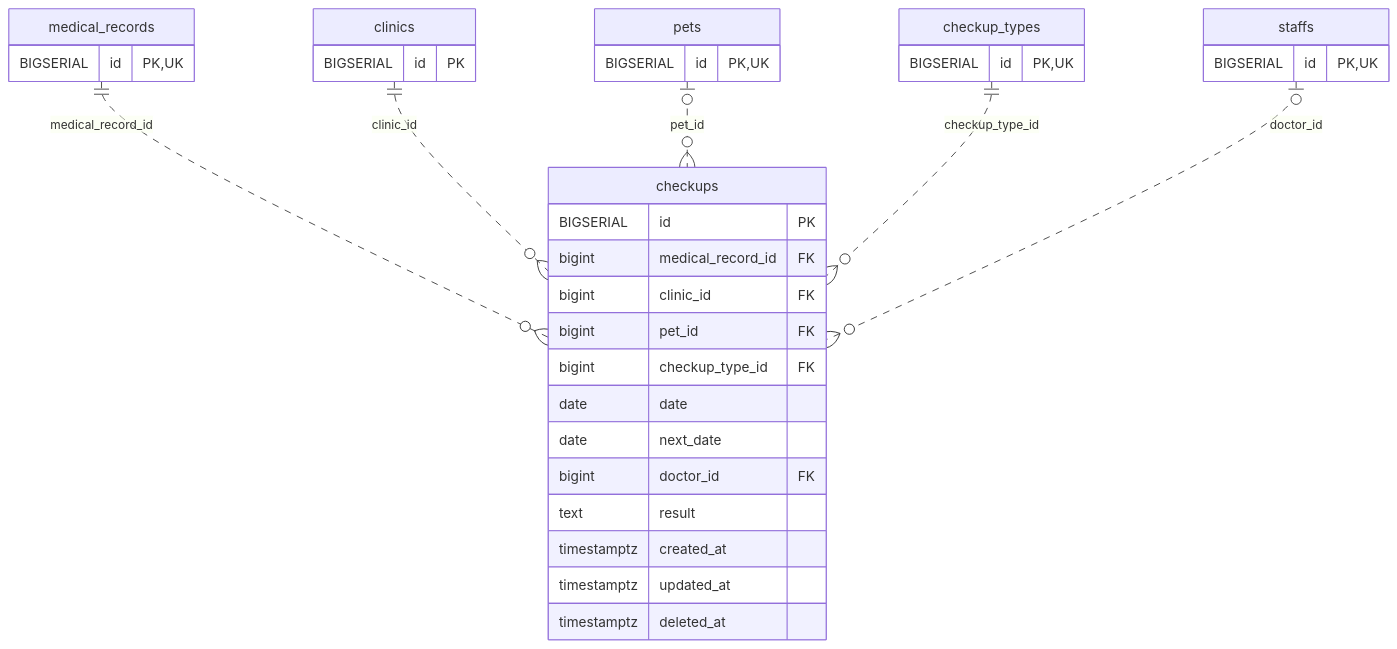
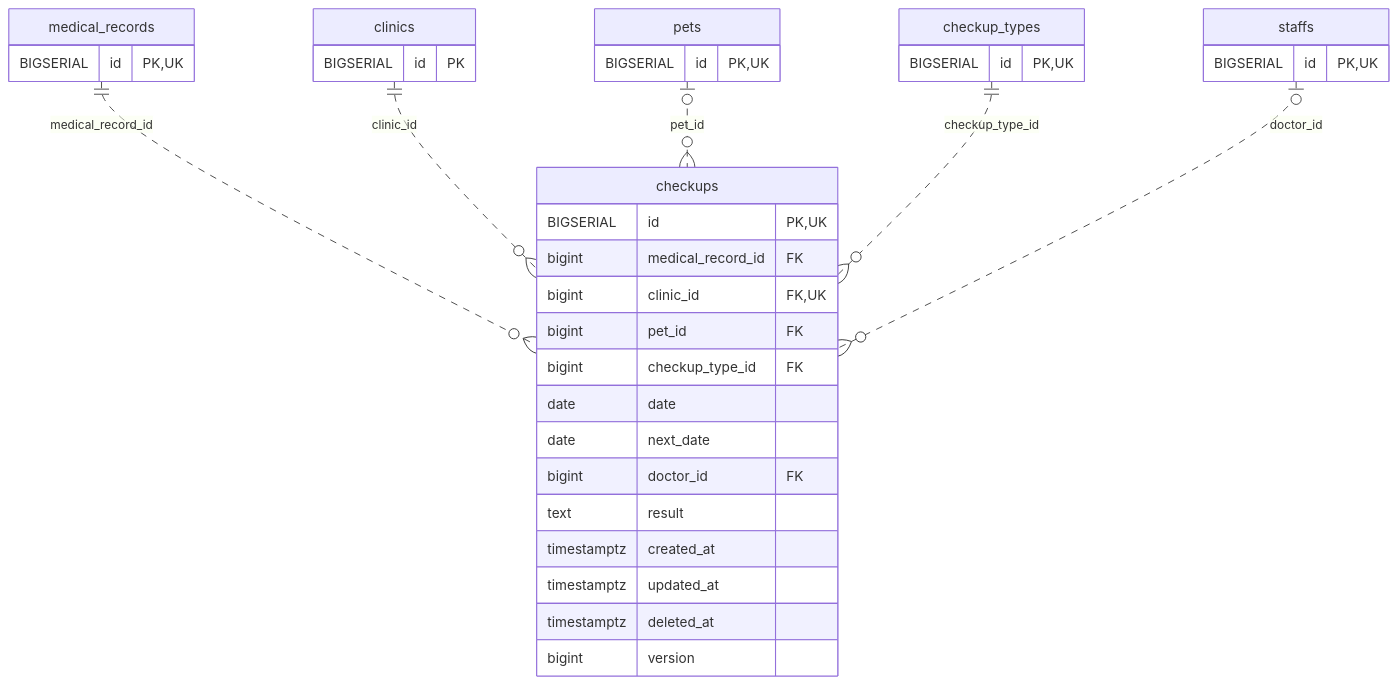
One commit to MinoruSoga/AnimalEkarte changed the diagram in docs/architecture/erd-detail/checkups.md. Above: the diagram before and after it, drawn with Mermaid. The commit also changed other lines of this file and 131 other files, not shown here.

````diff
--- a/docs/architecture/erd-detail/checkups.md
+++ b/docs/architecture/erd-detail/checkups.md
@@ -35,37 +36,38 @@
 ```mermaid
 erDiagram
     checkups {
-        BIGSERIAL id PK
+        BIGSERIAL id PK,UK
         bigint medical_record_id FK
-        bigint clinic_id FK
+        bigint clinic_id FK,UK
         bigint pet_id FK
         bigint checkup_type_id FK
         date date
         date next_date
         bigint doctor_id FK
         text result
         timestamptz created_at
         timestamptz updated_at
         timestamptz deleted_at
+        bigint version
     }
     checkup_types {
         BIGSERIAL id PK,UK
     }
     clinics {
         BIGSERIAL id PK
     }
     medical_records {
         BIGSERIAL id PK,UK
     }
     pets {
         BIGSERIAL id PK,UK
     }
     staffs {
         BIGSERIAL id PK,UK
     }
     medical_records ||..o{ checkups : "medical_record_id"
     clinics ||..o{ checkups : "clinic_id"
     pets o|..o{ checkups : "pet_id"
     checkup_types ||..o{ checkups : "checkup_type_id"
     staffs o|..o{ checkups : "doctor_id"
 ```
````
